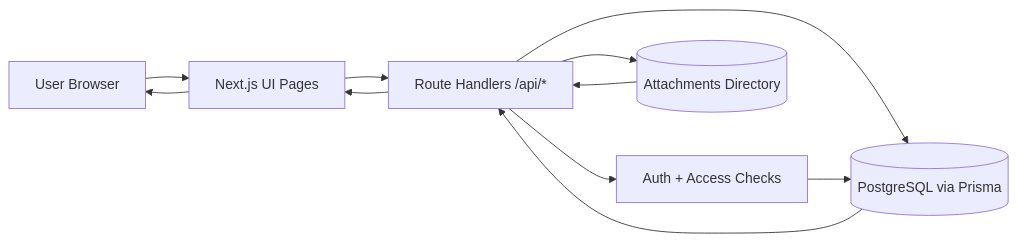
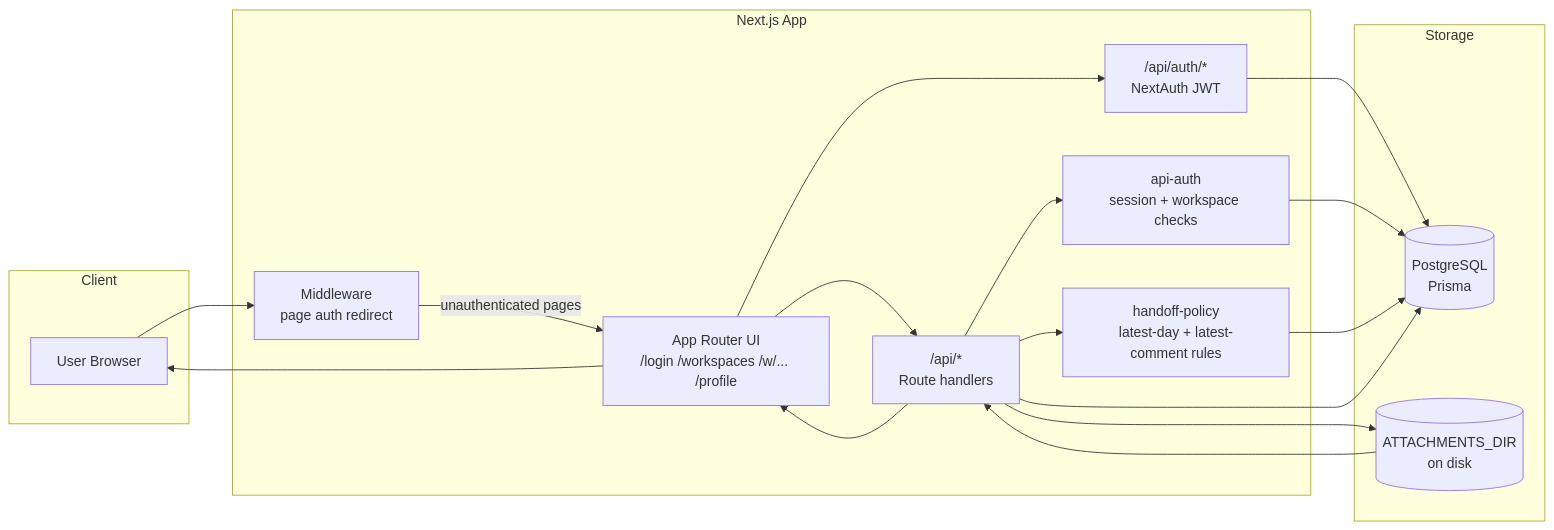
The first of 10 diagrams in docs/ARCHITECTURE.md (VAB712/handoffHub), drawn with Mermaid before and after one commit. The commit also changed other lines of this file and 24 other files, not shown here.

````diff
--- a/docs/ARCHITECTURE.md
+++ b/docs/ARCHITECTURE.md
@@ -18,13 +21,35 @@
 ```mermaid
 flowchart LR
-  U[User Browser] --> UI[Next.js UI Pages]
-  UI --> API[Route Handlers /api/*]
-  API --> AUTH[Auth + Access Checks]
-  API --> DB[(PostgreSQL via Prisma)]
-  API --> FS[(Attachments Directory)]
+  subgraph Client
+    U[User Browser]
+  end
+
+  subgraph NextJs["Next.js App"]
+    MW[Middleware<br/>page auth redirect]
+    UI[App Router UI<br/>/login /workspaces /w/... /profile]
+    NA["/api/auth/*"<br/>NextAuth JWT]
+    API["/api/*"<br/>Route handlers]
+    AUTH[api-auth<br/>session + workspace checks]
+    POL[handoff-policy<br/>latest-day + latest-comment rules]
+  end
+
+  subgraph Storage
+    DB[(PostgreSQL<br/>Prisma)]
+    FS[(ATTACHMENTS_DIR<br/>on disk)]
+  end
+
+  U --> MW
+  MW -->|unauthenticated pages| UI
+  UI --> NA
+  UI --> API
+  NA --> DB
+  API --> AUTH
   AUTH --> DB
-  DB --> API
+  API --> POL
+  POL --> DB
+  API --> DB
+  API --> FS
   FS --> API
   API --> UI
   UI --> U
 ```
````
